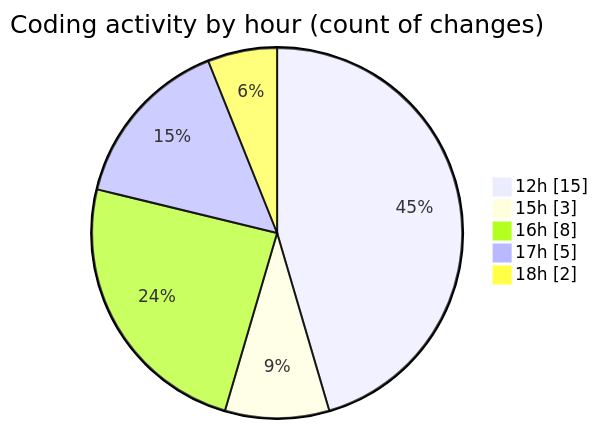
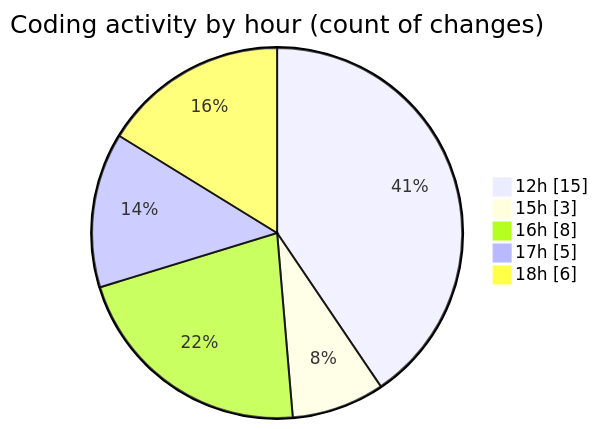
One commit to nxtqubesakshisongat/code-tracking changed the second of 2 diagrams in 2026-03-27/nxtqube_webapp/README.md. Above: the diagram before and after it, drawn with Mermaid. The commit also changed other lines of this file and 1 other file, not shown here.

````diff
--- a/2026-03-27/nxtqube_webapp/README.md
+++ b/2026-03-27/nxtqube_webapp/README.md
@@ -34,9 +34,9 @@
 ```mermaid
 pie showData
 title Coding activity by hour (count of changes)
 "12h" : 15
 "15h" : 3
 "16h" : 8
 "17h" : 5
-"18h" : 2
+"18h" : 6
 ```
````
